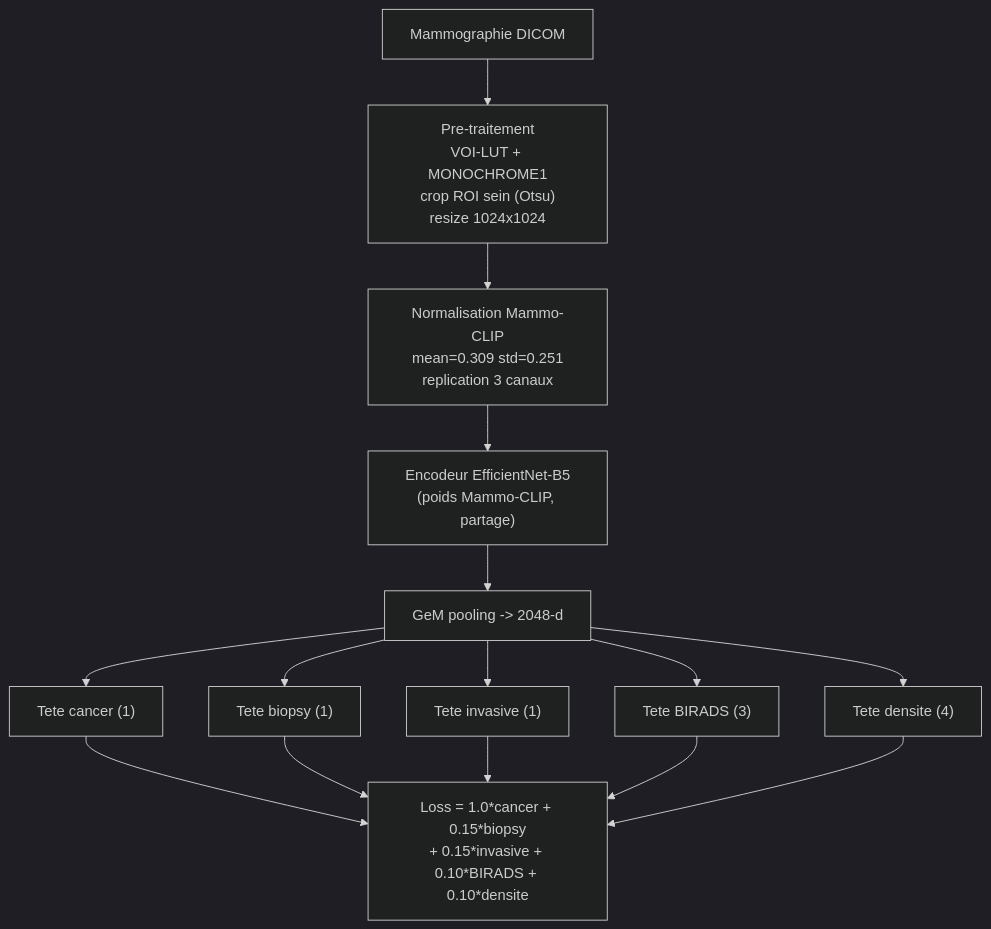
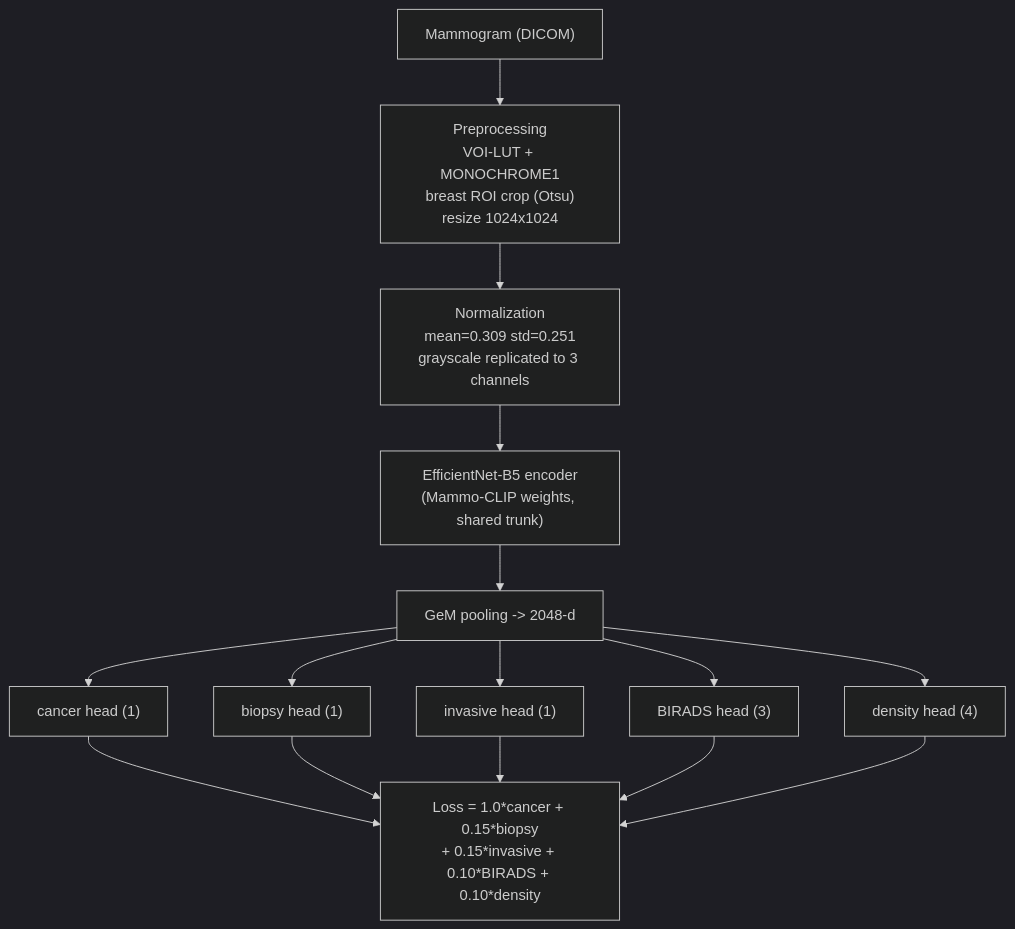
Before and after one commit to assadiab/Breast_Cancer_Detection: the diagram in README.md, drawn with Mermaid (dark theme). The commit also changed other lines of this file, not shown here.

````diff
--- a/README.md
+++ b/README.md
@@ -24,17 +28,17 @@
 ```mermaid
 flowchart TD
-    A["Mammographie DICOM"] --> B["Pre-traitement<br/>VOI-LUT + MONOCHROME1<br/>crop ROI sein (Otsu)<br/>resize 1024x1024"]
-    B --> C["Normalisation Mammo-CLIP<br/>mean=0.309 std=0.251<br/>replication 3 canaux"]
-    C --> D["Encodeur EfficientNet-B5<br/>(poids Mammo-CLIP, partage)"]
+    A["Mammogram (DICOM)"] --> B["Preprocessing<br/>VOI-LUT + MONOCHROME1<br/>breast ROI crop (Otsu)<br/>resize 1024x1024"]
+    B --> C["Normalization<br/>mean=0.309 std=0.251<br/>grayscale replicated to 3 channels"]
+    C --> D["EfficientNet-B5 encoder<br/>(Mammo-CLIP weights, shared trunk)"]
     D --> E["GeM pooling -> 2048-d"]
-    E --> F1["Tete cancer (1)"]
-    E --> F2["Tete biopsy (1)"]
-    E --> F3["Tete invasive (1)"]
-    E --> F4["Tete BIRADS (3)"]
-    E --> F5["Tete densite (4)"]
-    F1 --> G["Loss = 1.0*cancer + 0.15*biopsy<br/>+ 0.15*invasive + 0.10*BIRADS + 0.10*densite"]
+    E --> F1["cancer head (1)"]
+    E --> F2["biopsy head (1)"]
+    E --> F3["invasive head (1)"]
+    E --> F4["BIRADS head (3)"]
+    E --> F5["density head (4)"]
+    F1 --> G["Loss = 1.0*cancer + 0.15*biopsy<br/>+ 0.15*invasive + 0.10*BIRADS + 0.10*density"]
     F2 --> G
     F3 --> G
     F4 --> G
     F5 --> G
 ```
````
